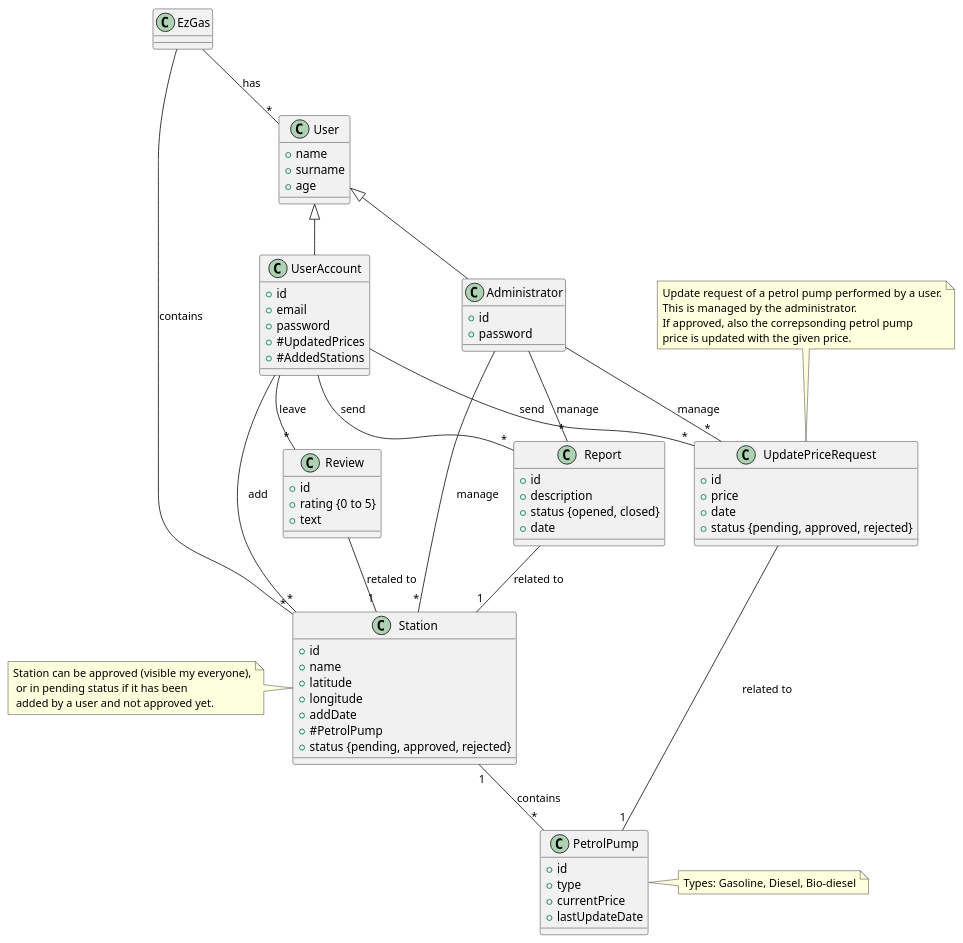
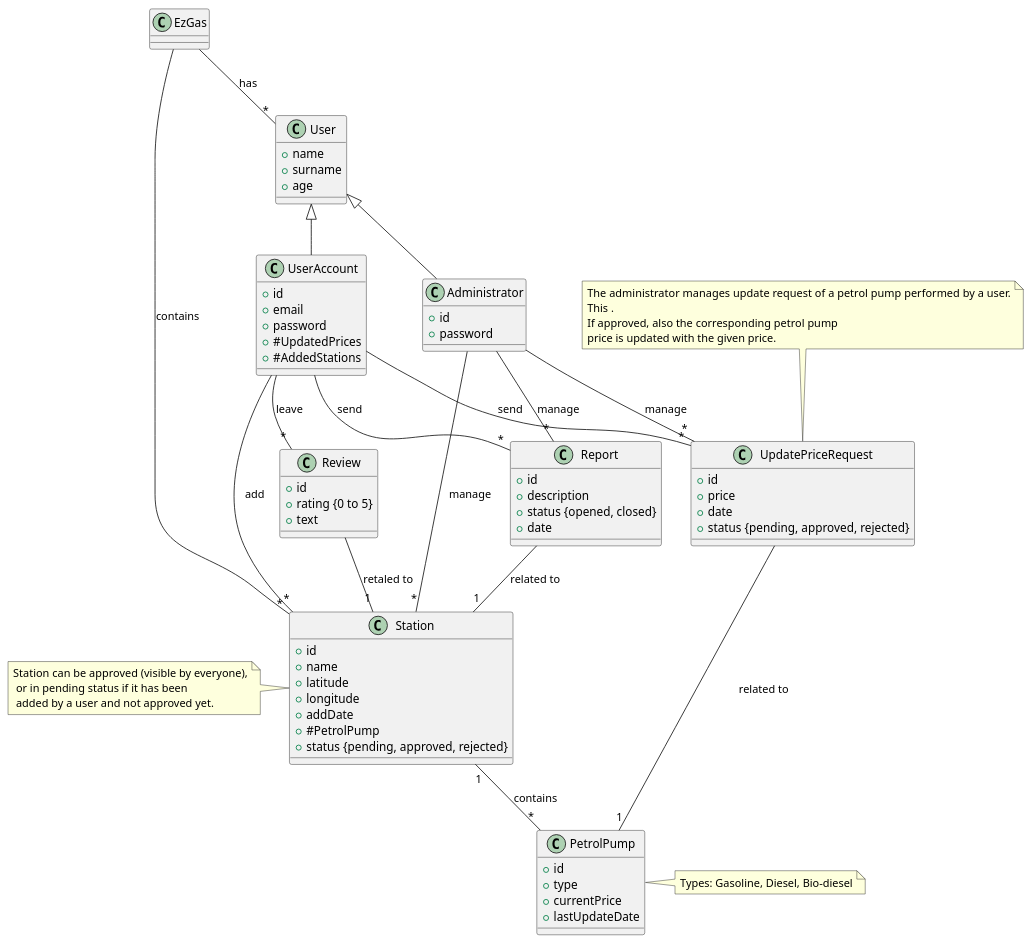
Before and after one commit to peppep97/se1: the third of 3 diagrams in Giuseppe/REQ_s280085.md, drawn with PlantUML. The commit also changed other lines of this file, not shown here.

````diff
--- a/Giuseppe/REQ_s280085.md
+++ b/Giuseppe/REQ_s280085.md
@@ -249,83 +250,83 @@
 ```plantuml
 class EzGas
 
 class User {
 + name
 + surname
 + age
 }
 
 class UserAccount {
 + id
 + email
 + password
 + #UpdatedPrices
 + #AddedStations
 }
 
 class Station {
 + id
 + name
 + latitude
 + longitude
 + addDate
 + #PetrolPump
 + status {pending, approved, rejected}
 }
 
 class UpdatePriceRequest {
 + id
 + price
 + date
 + status {pending, approved, rejected}
 }
 
 class PetrolPump {
 + id
 + type
 + currentPrice
 + lastUpdateDate
 }
 
 class Report {
 + id
 + description
 + status {opened, closed}
 + date
 }
 
 class Administrator {
 + id
 + password
 }
 
 class Review {
 + id
 + rating {0 to 5}
 + text
 }
 
 EzGas -- "*" User : has
 EzGas -- "*" Station : contains
 Station "1" -- "*" PetrolPump : contains
 UserAccount -- "*" Station : add
 UserAccount -- "*" UpdatePriceRequest : send
 UserAccount -- "*" Report: send
 UserAccount -- "*" Review: leave
 Review -- "1" Station: retaled to
 UpdatePriceRequest -- "1" PetrolPump : related to
 Report -- "1" Station : related to
 Administrator -- "*" Report: manage
 Administrator -- "*" UpdatePriceRequest: manage
 Administrator -- "*" Station: manage
 
 User <|-- UserAccount
 User <|-- Administrator
 
 
 note right of PetrolPump : Types: Gasoline, Diesel, Bio-diesel
-note left of Station : Station can be approved (visible my everyone),\n or in pending status if it has been\n added by a user and not approved yet.
+note left of Station: Station can be approved (visible by everyone),\n or in pending status if it has been\n added by a user and not approved yet.
 
-note top of UpdatePriceRequest : Update request of a petrol pump performed by a user.\nThis is managed by the administrator.\nIf approved, also the correpsonding petrol pump\nprice is updated with the given price.
+note top of UpdatePriceRequest: The administrator manages update request of a petrol pump performed by a user.\nThis .\nIf approved, also the corresponding petrol pump\nprice is updated with the given price.
 
 ```
````
